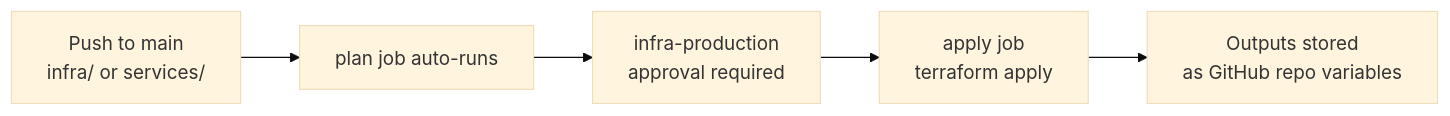
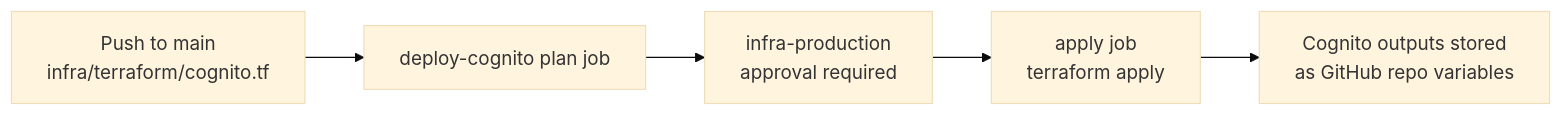
One commit to Bonae-Tech/bonae-tech changed diagram 15 of 15 in docs/architecture.md. Above: the diagram before and after it, drawn with Mermaid (base theme). The commit also changed other lines of this file and 62 other files, not shown here.

First line of the commit message:
Hybrid Cloudflare + AWS Cognito architecture (#58)

````diff
--- a/docs/architecture.md
+++ b/docs/architecture.md
@@ -464,7 +459,7 @@
 ```mermaid
 flowchart LR
-    A["Push to main\ninfra/ or services/"] --> B["plan job auto-runs"]
+    A["Push to main\ninfra/terraform/cognito.tf"] --> B["deploy-cognito plan job"]
     B --> C["infra-production\napproval required"]
     C --> D["apply job\nterraform apply"]
-    D --> E["Outputs stored\nas GitHub repo variables"]
+    D --> E["Cognito outputs stored\nas GitHub repo variables"]
 ```
````
